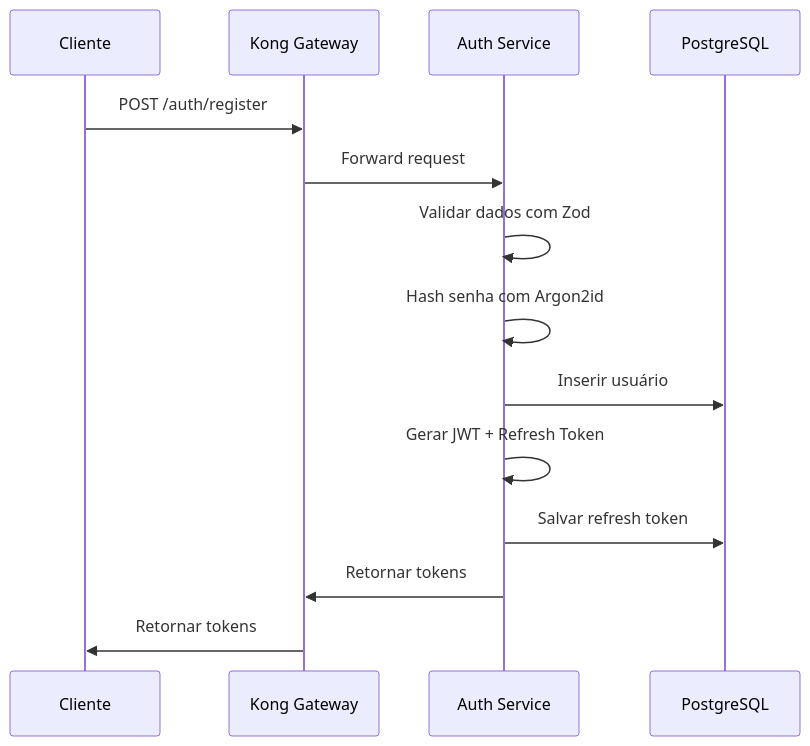
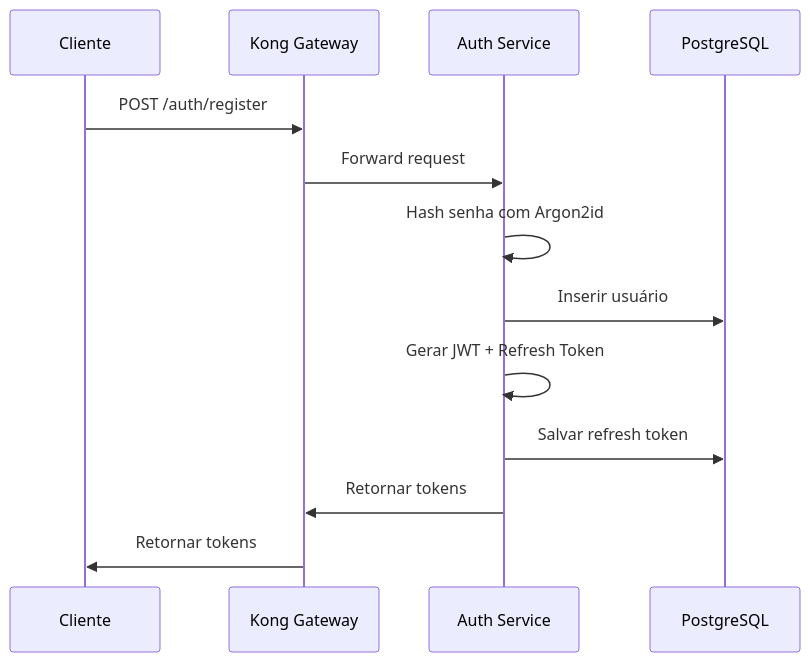
Before and after one commit to rocketseat-education/ftr-fundamentos-microsservicos: the second of 3 diagrams in docs/01-autenticacao.md, drawn with Mermaid. The commit also changed other lines of this file and 6 other files, not shown here.

````diff
--- a/docs/01-autenticacao.md
+++ b/docs/01-autenticacao.md
@@ -203,17 +69,16 @@
 ```mermaid
 sequenceDiagram
     participant C as Cliente
     participant G as Kong Gateway
     participant A as Auth Service
     participant DB as PostgreSQL
     
     C->>G: POST /auth/register
     G->>A: Forward request
-    A->>A: Validar dados com Zod
     A->>A: Hash senha com Argon2id
     A->>DB: Inserir usuário
     A->>A: Gerar JWT + Refresh Token
     A->>DB: Salvar refresh token
     A->>G: Retornar tokens
     G->>C: Retornar tokens
 ```
````
